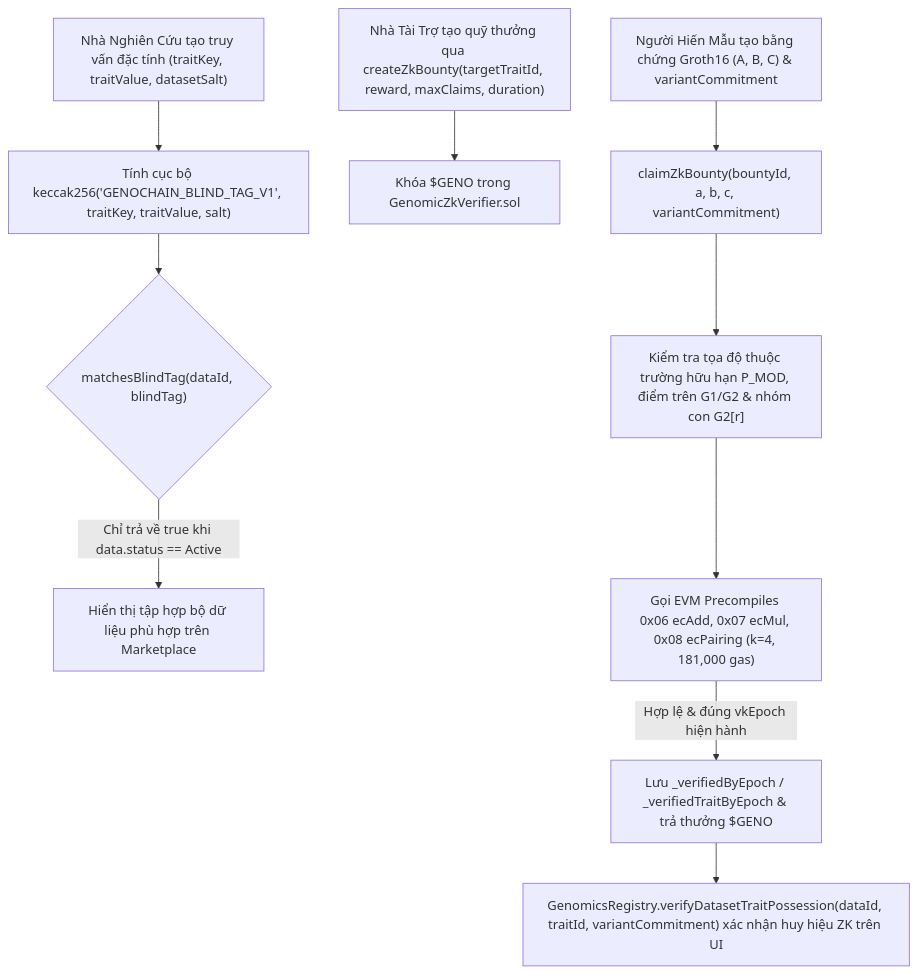
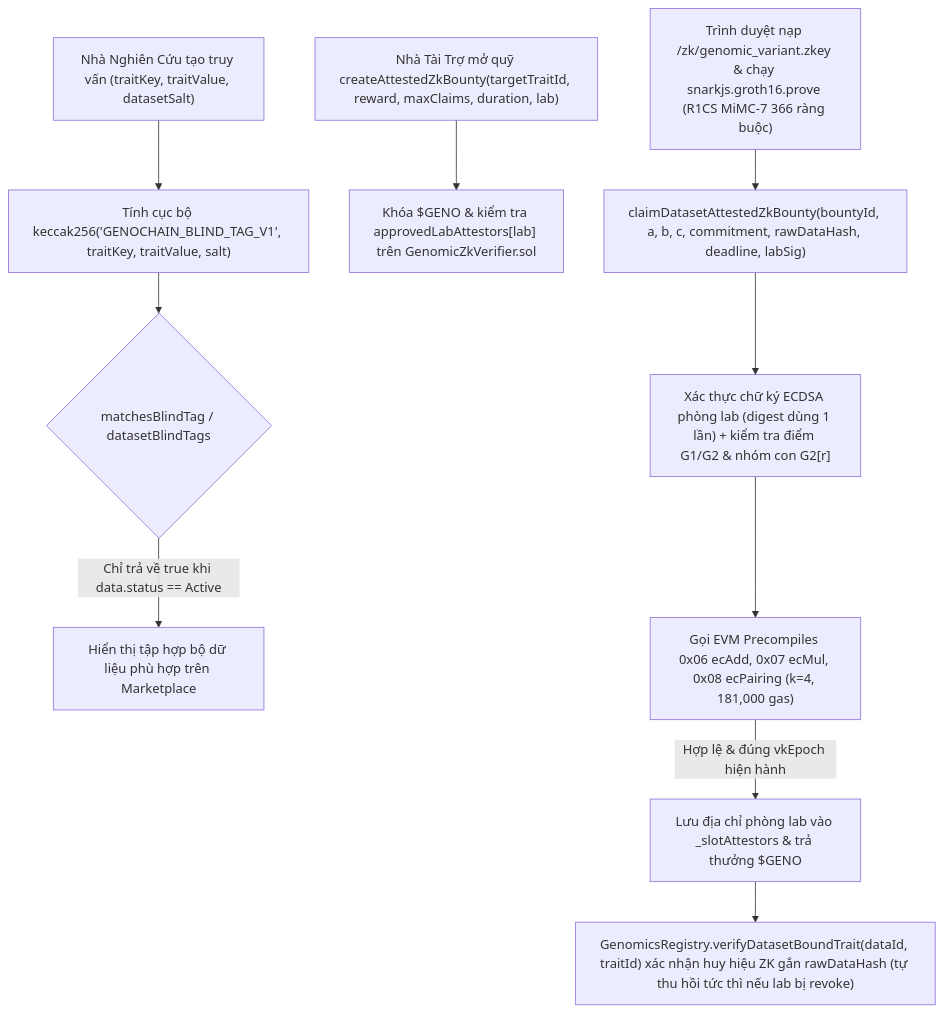
The third of 3 diagrams in README.md (khoinguyen59/GENOMICS_ON_BLOCKCHAIN), drawn with Mermaid before and after one commit. The commit also changed other lines of this file and 153 other files, not shown here.

````diff
--- a/README.md
+++ b/README.md
@@ -176,13 +178,13 @@
 ```mermaid
 flowchart TD
-  A["Nhà Nghiên Cứu tạo truy vấn đặc tính (traitKey, traitValue, datasetSalt)"] --> B["Tính cục bộ keccak256('GENOCHAIN_BLIND_TAG_V1', traitKey, traitValue, salt)"]
-  B --> C{"matchesBlindTag(dataId, blindTag)"}
+  A["Nhà Nghiên Cứu tạo truy vấn (traitKey, traitValue, datasetSalt)"] --> B["Tính cục bộ keccak256('GENOCHAIN_BLIND_TAG_V1', traitKey, traitValue, salt)"]
+  B --> C{"matchesBlindTag / datasetBlindTags"}
   C -->|"Chỉ trả về true khi data.status == Active"| D["Hiển thị tập hợp bộ dữ liệu phù hợp trên Marketplace"]
 
-  E["Nhà Tài Trợ tạo quỹ thưởng qua createZkBounty(targetTraitId, reward, maxClaims, duration)"] --> F["Khóa $GENO trong GenomicZkVerifier.sol"]
-  G["Người Hiến Mẫu tạo bằng chứng Groth16 (A, B, C) & variantCommitment"] --> H["claimZkBounty(bountyId, a, b, c, variantCommitment)"]
-  H --> I["Kiểm tra tọa độ thuộc trường hữu hạn P_MOD, điểm trên G1/G2 & nhóm con G2[r]"]
+  E["Nhà Tài Trợ mở quỹ createAttestedZkBounty(targetTraitId, reward, maxClaims, duration, lab)"] --> F["Khóa $GENO & kiểm tra approvedLabAttestors[lab] trên GenomicZkVerifier.sol"]
+  G["Trình duyệt nạp /zk/genomic_variant.zkey & chạy snarkjs.groth16.prove (R1CS MiMC-7 366 ràng buộc)"] --> H["claimDatasetAttestedZkBounty(bountyId, a, b, c, commitment, rawDataHash, deadline, labSig)"]
+  H --> I["Xác thực chữ ký ECDSA phòng lab (digest dùng 1 lần) + kiểm tra điểm G1/G2 & nhóm con G2[r]"]
   I --> J["Gọi EVM Precompiles 0x06 ecAdd, 0x07 ecMul, 0x08 ecPairing (k=4, 181,000 gas)"]
-  J -->|"Hợp lệ & đúng vkEpoch hiện hành"| K["Lưu _verifiedByEpoch / _verifiedTraitByEpoch & trả thưởng $GENO"]
-  K --> L["GenomicsRegistry.verifyDatasetTraitPossession(dataId, traitId, variantCommitment) xác nhận huy hiệu ZK trên UI"]
+  J -->|"Hợp lệ & đúng vkEpoch hiện hành"| K["Lưu địa chỉ phòng lab vào _slotAttestors & trả thưởng $GENO"]
+  K --> L["GenomicsRegistry.verifyDatasetBoundTrait(dataId, traitId) xác nhận huy hiệu ZK gắn rawDataHash (tự thu hồi tức thì nếu lab bị revoke)"]
 ```
````
